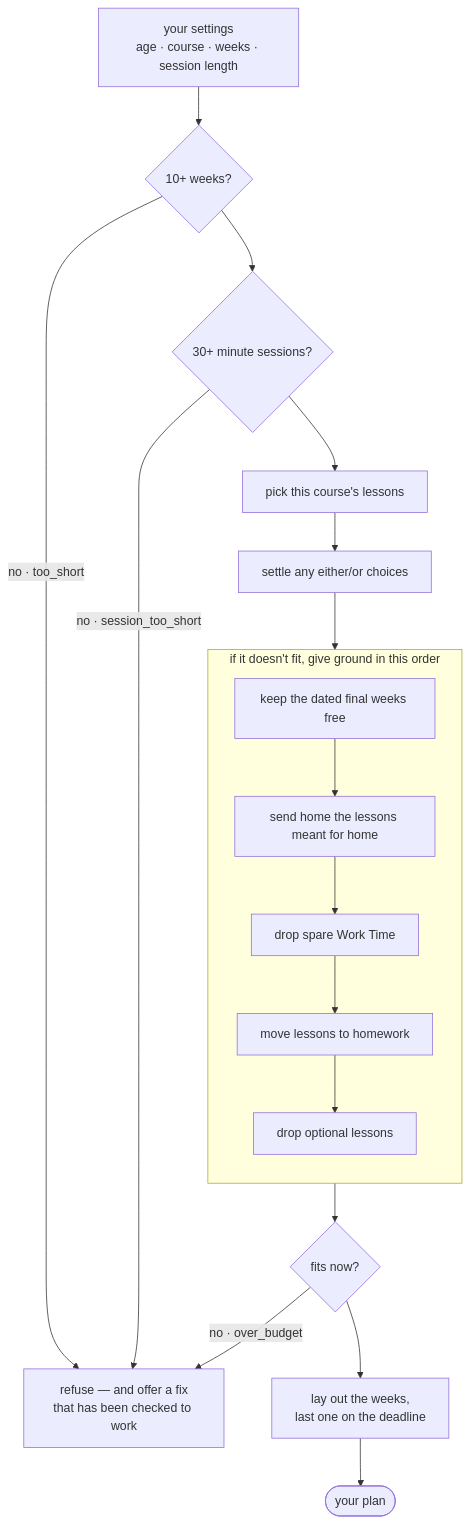
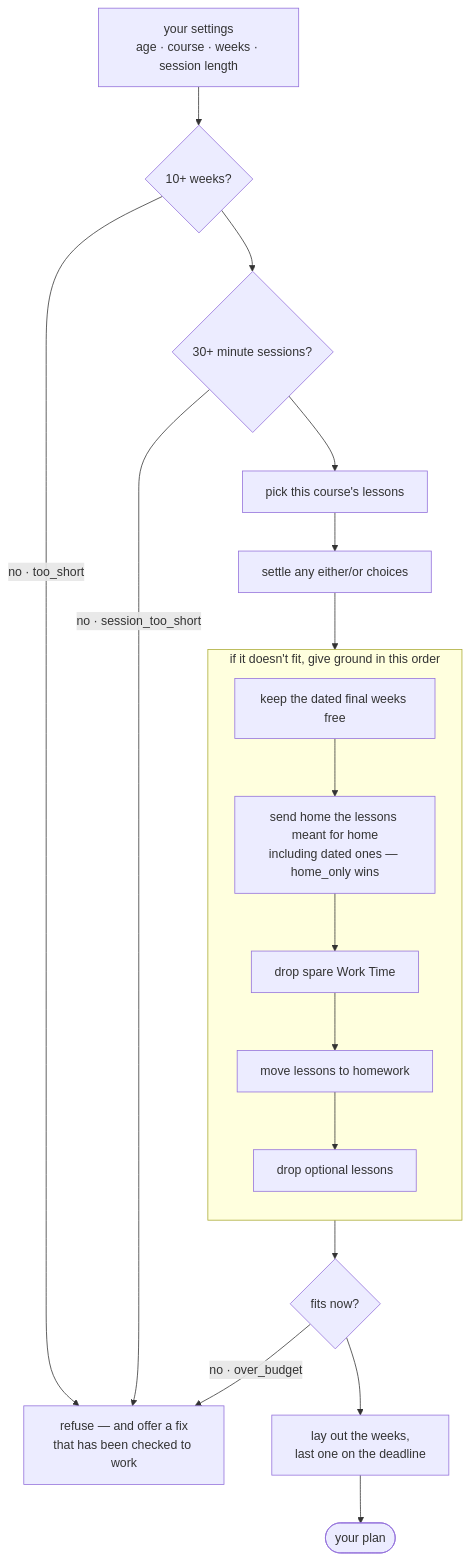
The second of 3 diagrams in docs/architecture.md (RuvaS20/crosswalk), drawn with Mermaid before and after one commit. The commit also changed other lines of this file, not shown here.

First line of the commit message:
Document home_only precedence, spread work weeks, Core note

````diff
--- a/docs/architecture.md
+++ b/docs/architecture.md
@@ -53,26 +53,26 @@
 ```mermaid
 flowchart TD
   P["your settings<br/>age · course · weeks · session length"]
 
   P  --> G1{"10+ weeks?"}
   G1 -->|"no · too_short"| X
   G1 --> G2{"30+ minute sessions?"}
   G2 -->|"no · session_too_short"| X
   G2 --> F["pick this course's lessons"]
   F  --> C["settle any either/or choices"]
   C  --> T
 
   subgraph FIT["if it doesn't fit, give ground in this order"]
     direction TB
     T["keep the dated final weeks free"]
-    T  --> HO["send home the lessons meant for home"]
+    T  --> HO["send home the lessons meant for home<br/>including dated ones — home_only wins"]
     HO --> L1["drop spare Work Time"]
     L1 --> L2["move lessons to homework"]
     L2 --> L3["drop optional lessons"]
   end
 
   L3 --> Q{"fits now?"}
   Q  -->|"no · over_budget"| X["refuse — and offer a fix<br/>that has been checked to work"]
   Q  --> W["lay out the weeks,<br/>last one on the deadline"]
   W  --> O(["your plan"])
 ```
````
